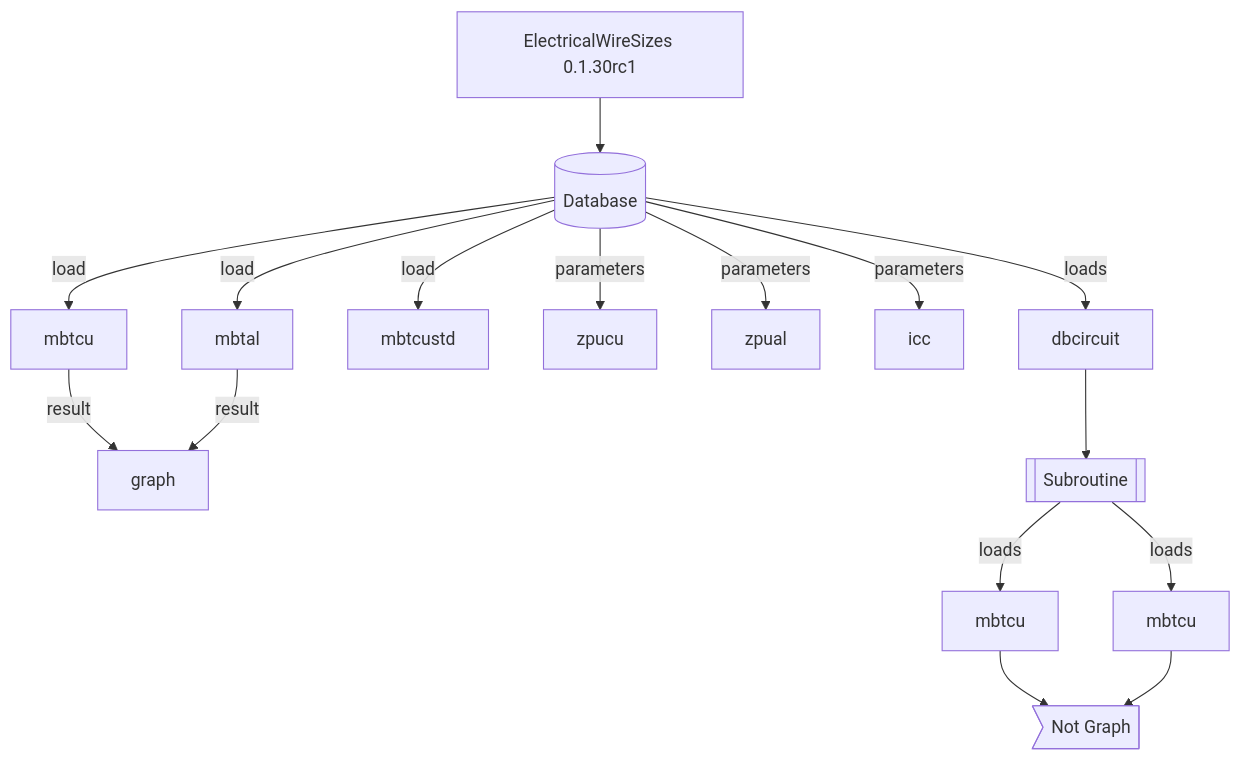
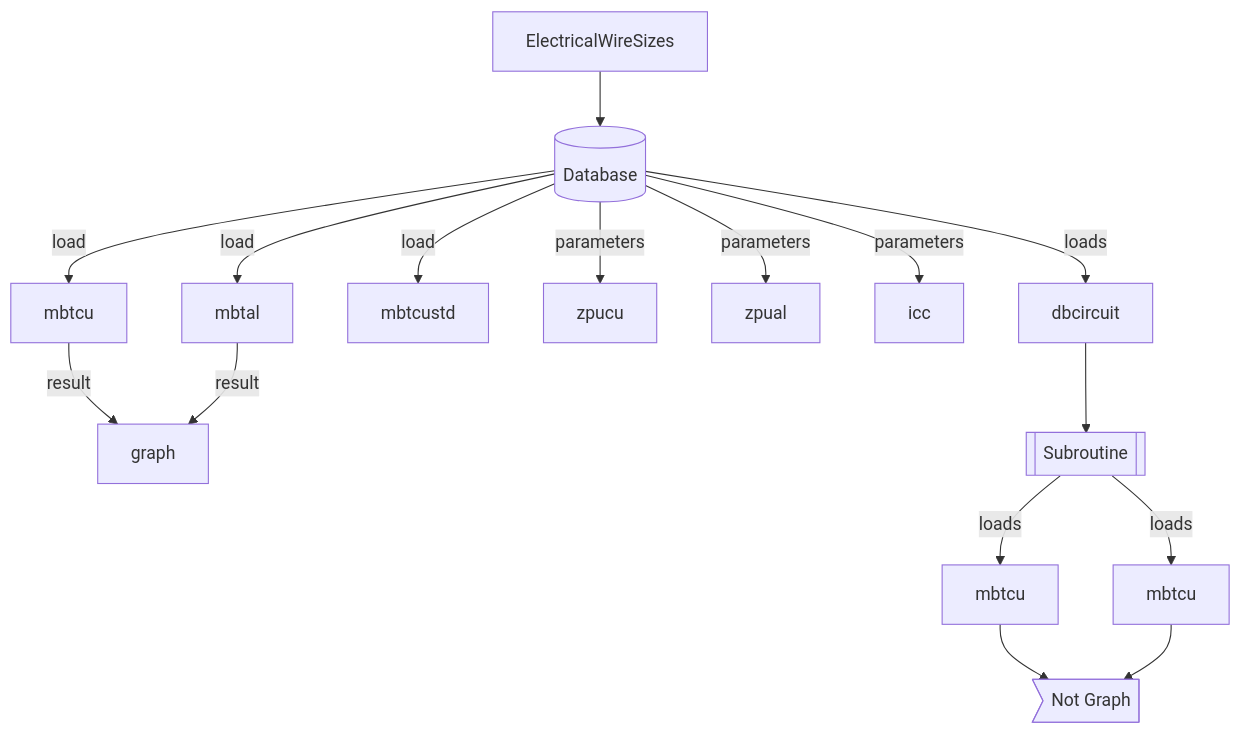
Before and after one commit to jacometoss/PyEWS: the diagram in README.md, drawn with Mermaid. The commit also changed other lines of this file, not shown here.

````diff
--- a/README.md
+++ b/README.md
@@ -160,16 +162,17 @@
 ```mermaid
+
 graph TD
 
-B[ElectricalWireSizes 0.1.30rc1]-->db[(Database)]
+B[ElectricalWireSizes]-->db[(Database)]
 	db -->|load| A[mbtcu]-->|result| I[graph]
     db -->|load| C[mbtal]-->|result| I[graph]	
     db -->|load| D[mbtcustd]
     db -->|parameters| E[zpucu]
     db -->|parameters| F[zpual]
     db -->|parameters| J[icc]
     db -->|loads| G[dbcircuit] --> H[[Subroutine]]
     H -->|loads| k[mbtcu]--> id1>Not Graph]
     H -->|loads| l[mbtcu]--> id1>Not Graph]
     
 
 ```
````
